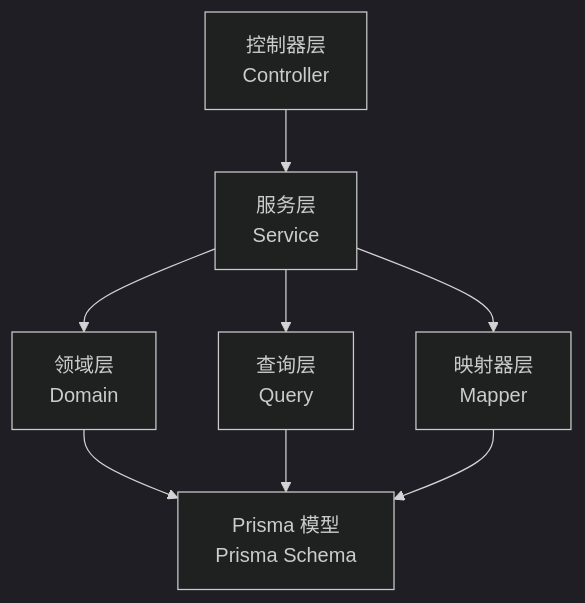
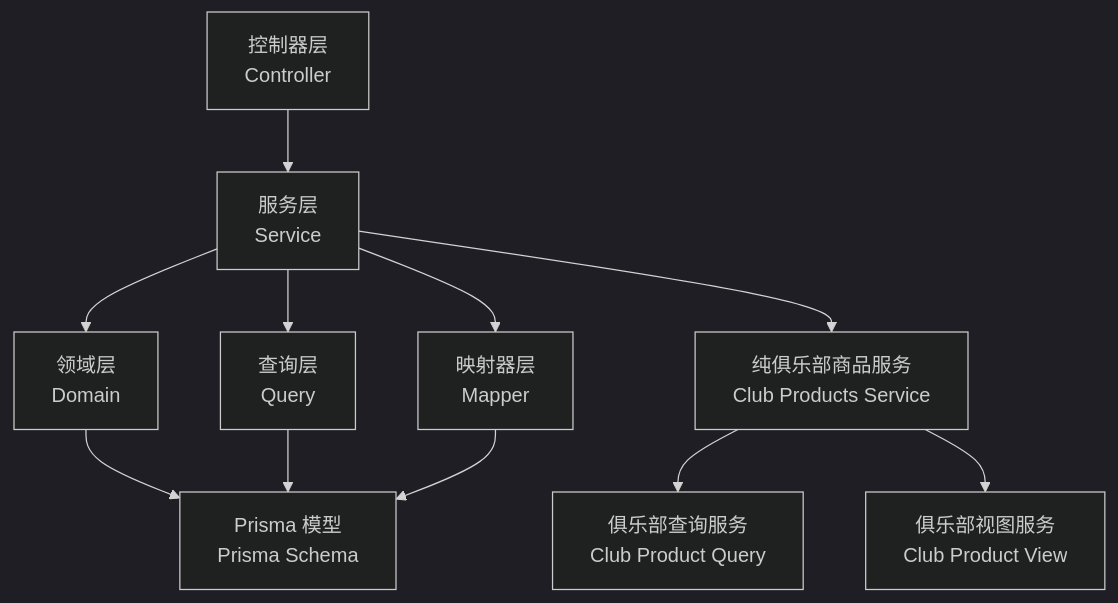
The second of 8 diagrams in .qoder/repowiki/zh/content/业务模块/商品管理模块.md (rc558620/purelyprofit-server), drawn with Mermaid (dark theme) before and after one commit. The commit also changed other lines of this file and 14 other files, not shown here.

````diff
--- a/.qoder/repowiki/zh/content/业务模块/商品管理模块.md
+++ b/.qoder/repowiki/zh/content/业务模块/商品管理模块.md
@@ -131,10 +144,13 @@
 ```mermaid
 graph TB
 C["控制器层<br/>Controller"] --> S["服务层<br/>Service"]
 S --> D["领域层<br/>Domain"]
 S --> Q["查询层<br/>Query"]
 S --> M["映射器层<br/>Mapper"]
 D --> P["Prisma 模型<br/>Prisma Schema"]
 Q --> P
 M --> P
+S --> CP["纯俱乐部商品服务<br/>Club Products Service"]
+CP --> CQ["俱乐部查询服务<br/>Club Product Query"]
+CP --> CV["俱乐部视图服务<br/>Club Product View"]
 ```
````
